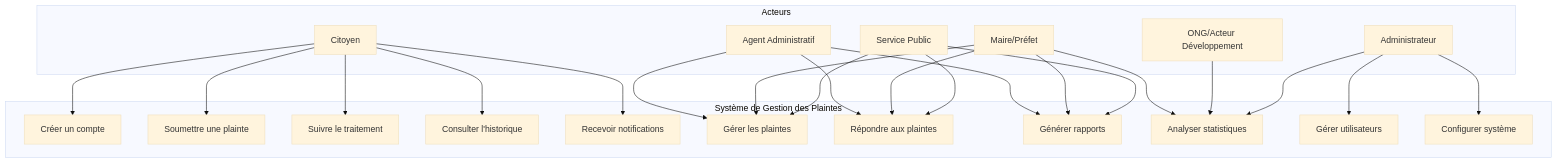
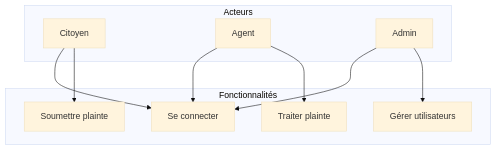
One commit to issabathily/vetclic-react-django changed the first of 2 diagrams in README.md. Above: the diagram before and after it, drawn with Mermaid (base theme). The commit also changed other lines of this file, not shown here.

````diff
--- a/README.md
+++ b/README.md
@@ -139,56 +47,22 @@
 ```mermaid
 graph TB
     subgraph "Acteurs"
         C[Citoyen]
-        A[Agent Administratif]
-        M[Maire/Préfet]
-        SP[Service Public]
-        ONG[ONG/Acteur Développement]
-        AD[Administrateur]
+        A[Agent]
+        AD[Admin]
     end
-
-    subgraph "Système de Gestion des Plaintes"
-        UC1[Créer un compte]
-        UC2[Soumettre une plainte]
-        UC3[Suivre le traitement]
-        UC4[Consulter l'historique]
-        UC5[Recevoir notifications]
-        UC6[Gérer les plaintes]
-        UC7[Répondre aux plaintes]
-        UC8[Générer rapports]
-        UC9[Analyser statistiques]
-        UC10[Gérer utilisateurs]
-        UC11[Configurer système]
+    
+    subgraph "Fonctionnalités"
+        UC1[Se connecter]
+        UC2[Soumettre plainte]
+        UC3[Traiter plainte]
+        UC4[Gérer utilisateurs]
     end
-
-    %% Relations Citoyen
+    
     C --> UC1
     C --> UC2
-    C --> UC3
-    C --> UC4
-    C --> UC5
-
-    %% Relations Agent Administratif
-    A --> UC6
-    A --> UC7
-    A --> UC8
-
-    %% Relations Maire/Préfet
-    M --> UC6
-    M --> UC7
-    M --> UC8
-    M --> UC9
-
-    %% Relations Service Public
-    SP --> UC6
-    SP --> UC7
-    SP --> UC8
-
-    %% Relations ONG
-    ONG --> UC9
-
-    %% Relations Administrateur
-    AD --> UC10
-    AD --> UC11
-    AD --> UC9
+    A --> UC1
+    A --> UC3
+    AD --> UC1
+    AD --> UC4
 ```
````
